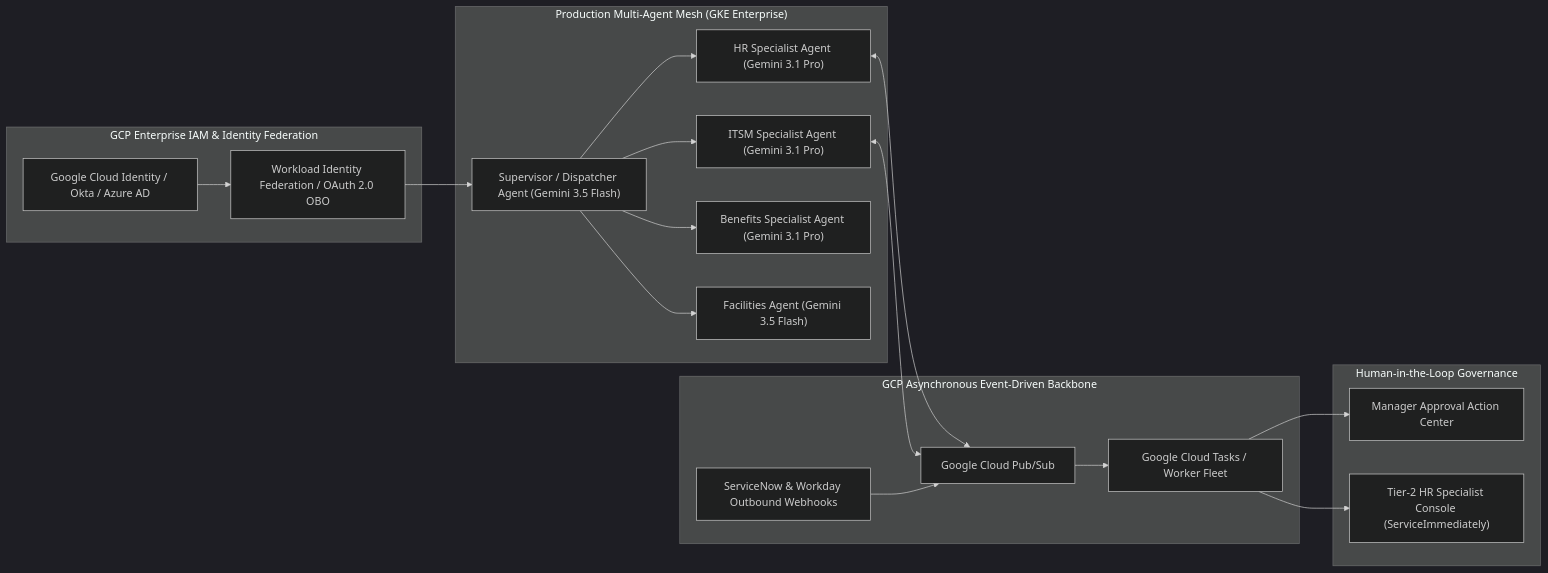
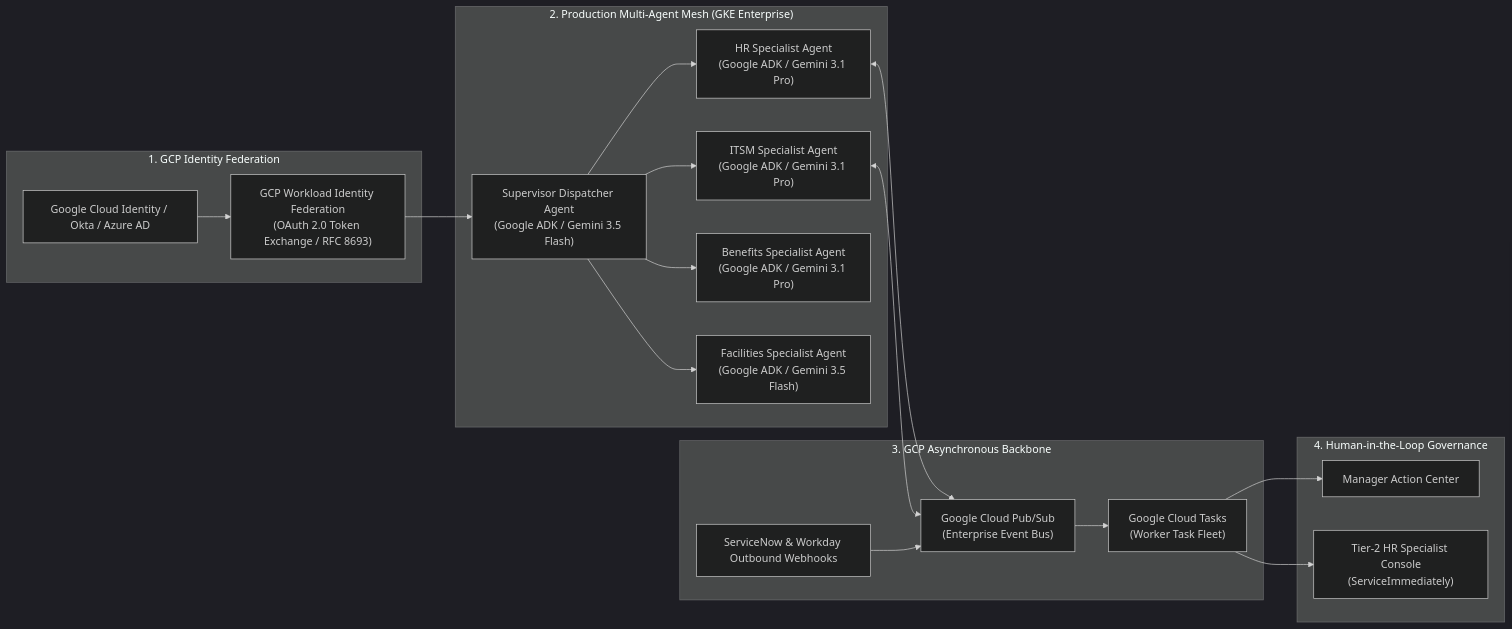
One commit to SushantJagdale/elevate-hr-agentic-solution changed the second of 10 diagrams in Consolidated_SDD.md. Above: the diagram before and after it, drawn with Mermaid (dark theme). The commit also changed other lines of this file, not shown here.

````diff
--- a/Consolidated_SDD.md
+++ b/Consolidated_SDD.md
@@ -143,40 +169,40 @@
 ```mermaid
 flowchart LR
-    subgraph EnterpriseIdentity ["GCP Enterprise IAM & Identity Federation"]
+    subgraph EnterpriseIdentity ["1. GCP Identity Federation"]
         Identity["Google Cloud Identity / Okta / Azure AD"]
-        WorkloadID["Workload Identity Federation / OAuth 2.0 OBO"]
+        WorkloadID["GCP Workload Identity Federation\n(OAuth 2.0 Token Exchange / RFC 8693)"]
     end
 
-    subgraph MultiAgentMesh ["Production Multi-Agent Mesh (GKE Enterprise)"]
-        Supervisor["Supervisor / Dispatcher Agent (Gemini 3.5 Flash)"]
-        HRAgent["HR Specialist Agent (Gemini 3.1 Pro)"]
-        ITAgent["ITSM Specialist Agent (Gemini 3.1 Pro)"]
-        BenefitsAgent["Benefits Specialist Agent (Gemini 3.1 Pro)"]
-        FacilitiesAgent["Facilities Agent (Gemini 3.5 Flash)"]
+    subgraph MultiAgentMesh ["2. Production Multi-Agent Mesh (GKE Enterprise)"]
+        Supervisor["Supervisor Dispatcher Agent\n(Google ADK / Gemini 3.5 Flash)"]
+        HRAgent["HR Specialist Agent\n(Google ADK / Gemini 3.1 Pro)"]
+        ITAgent["ITSM Specialist Agent\n(Google ADK / Gemini 3.1 Pro)"]
+        BenefitsAgent["Benefits Specialist Agent\n(Google ADK / Gemini 3.1 Pro)"]
+        FacilitiesAgent["Facilities Specialist Agent\n(Google ADK / Gemini 3.5 Flash)"]
     end
 
-    subgraph EventStream ["GCP Asynchronous Event-Driven Backbone"]
-        PubSub["Google Cloud Pub/Sub"]
-        Tasks["Google Cloud Tasks / Worker Fleet"]
+    subgraph EventStream ["3. GCP Asynchronous Backbone"]
+        PubSub["Google Cloud Pub/Sub\n(Enterprise Event Bus)"]
+        Tasks["Google Cloud Tasks\n(Worker Task Fleet)"]
         Webhooks["ServiceNow & Workday Outbound Webhooks"]
     end
 
-    subgraph HumanInTheLoop ["Human-in-the-Loop Governance"]
-        ApprovalUI["Manager Approval Action Center"]
-        EscalationDesk["Tier-2 HR Specialist Console (ServiceImmediately)"]
+    subgraph HumanInTheLoop ["4. Human-in-the-Loop Governance"]
+        ApprovalUI["Manager Action Center"]
+        EscalationDesk["Tier-2 HR Specialist Console\n(ServiceImmediately)"]
     end
 
     Identity --> WorkloadID --> Supervisor
     Supervisor --> HRAgent
     Supervisor --> ITAgent
     Supervisor --> BenefitsAgent
     Supervisor --> FacilitiesAgent
 
     HRAgent <--> PubSub
     ITAgent <--> PubSub
     PubSub --> Tasks
     Webhooks --> PubSub
 
     Tasks --> ApprovalUI
     Tasks --> EscalationDesk
 ```
````
